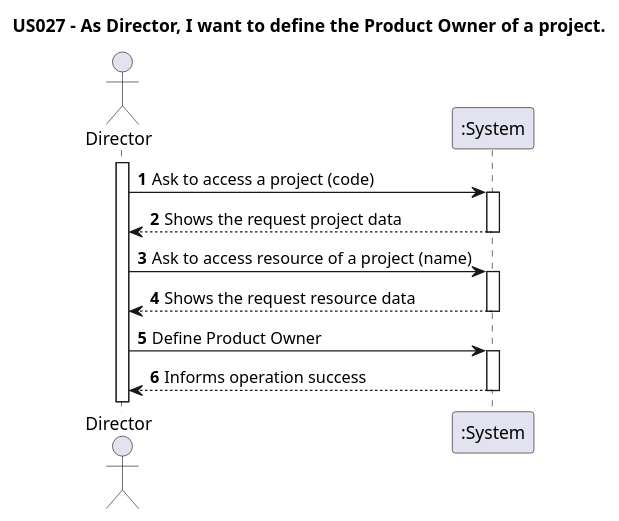
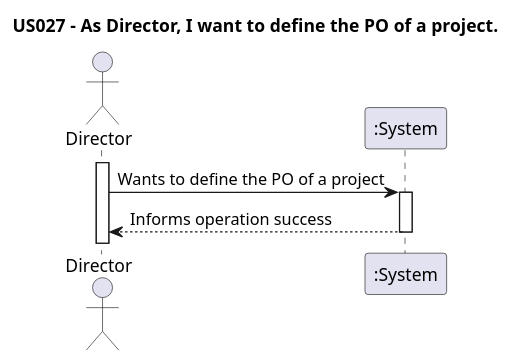
One commit to nunogon1211787/projectManagement changed the diagram in docs/Sprint3/US027/US027-SSD.puml. Above: the diagram before and after it, drawn with PlantUML. The commit also changed 28 other files, not shown here.

```diff
--- a/docs/Sprint3/US027/US027-SSD.puml
+++ b/docs/Sprint3/US027/US027-SSD.puml
@@ -1,20 +1,15 @@
 @startuml
 
-title "US027 - As Director, I want to define the Product Owner of a project."
+title "US027 - As Director, I want to define the PO of a project."
 autoactivate on
-autonumber
+'autonumber
 
 actor "Director" as Director
 participant ":System" as System
 
 activate Director
 
-Director -> System: Ask to access a project (code)
-System --> Director: Shows the request project data
-Director -> System: Ask to access resource of a project (name)
-System --> Director: Shows the request resource data
-Director -> System: Define Product Owner
+Director -> System: Wants to define the PO of a project
 System --> Director: Informs operation success
 
-
 @enduml
```
